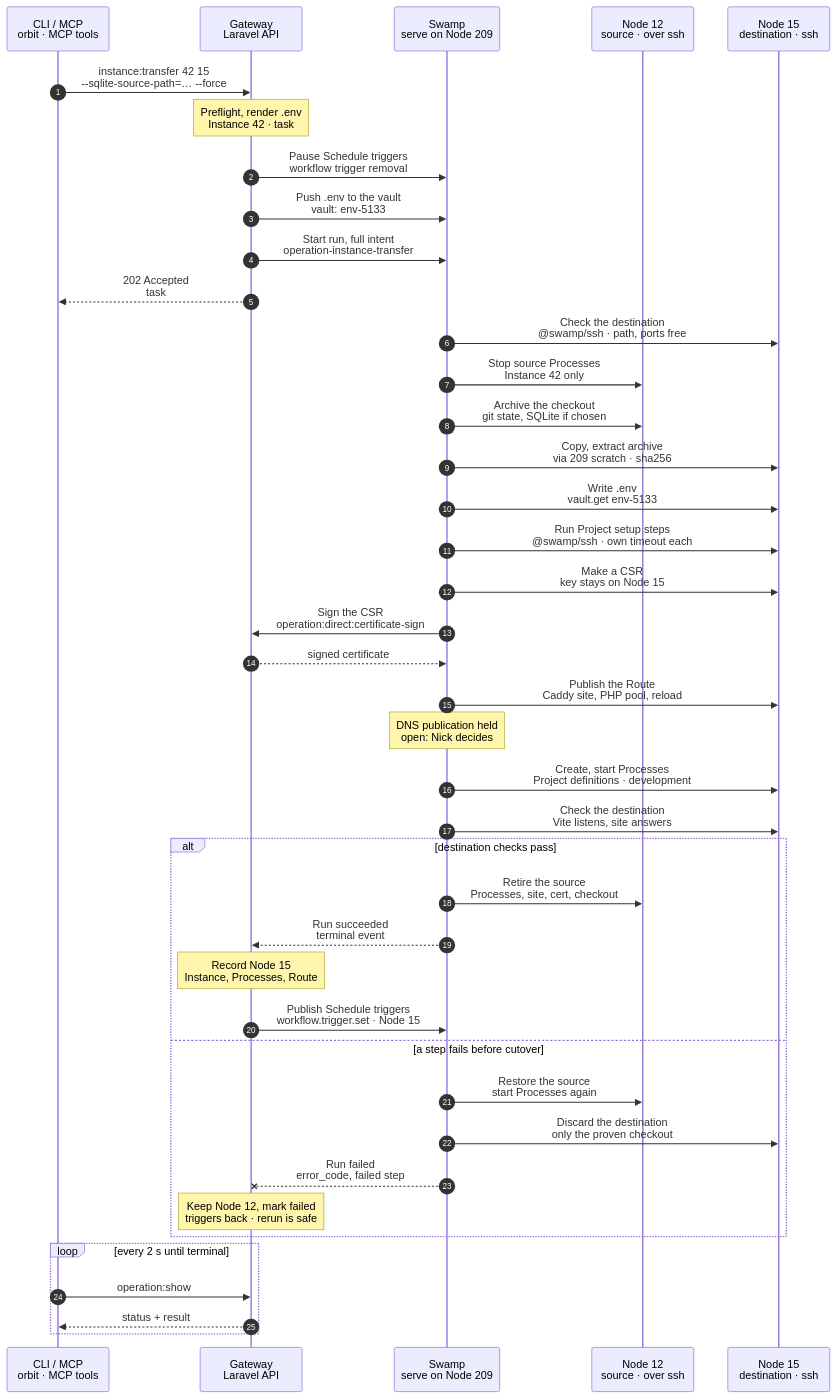
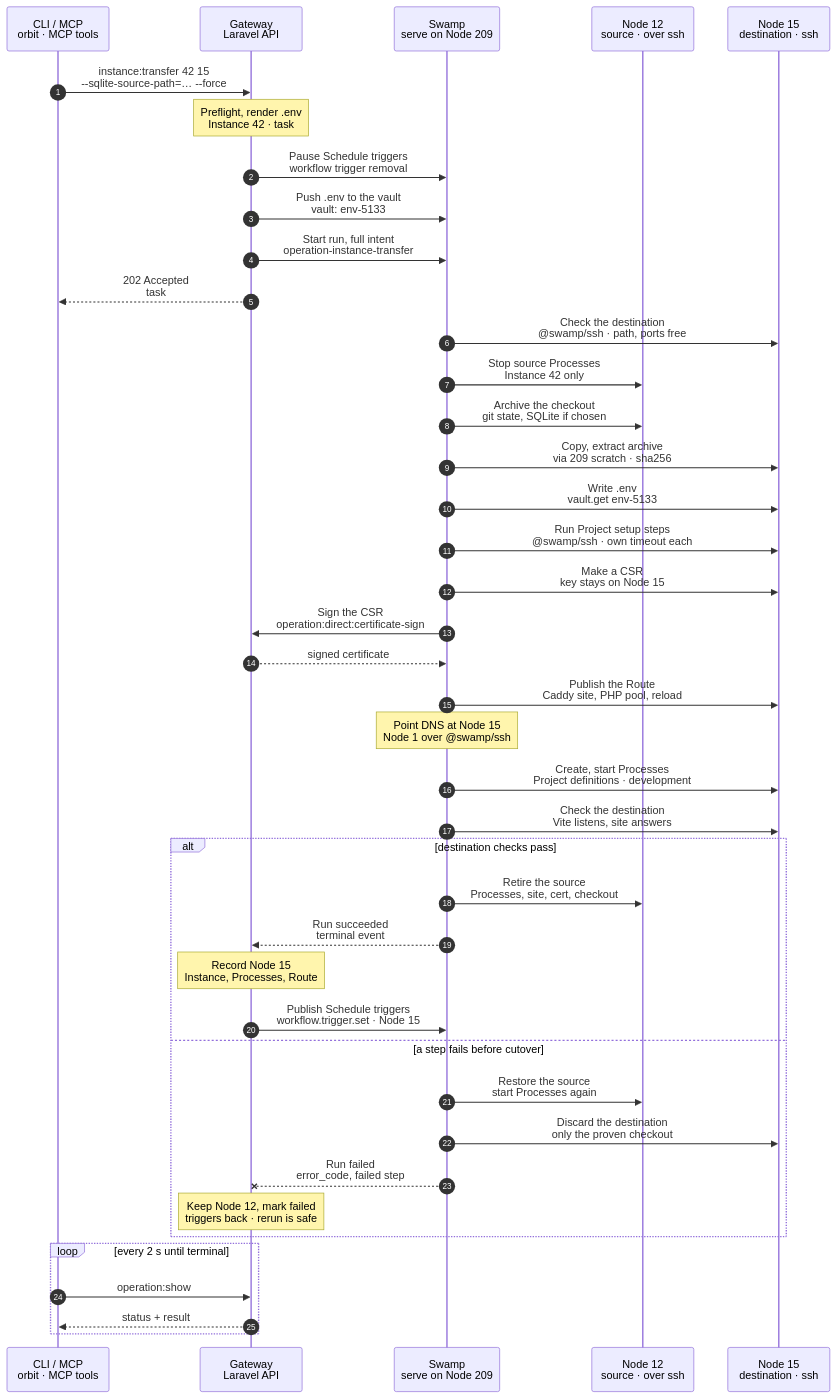
Before and after one commit to hardimpactdev/orbit: the diagram in docs/flows/instance.transfer.mmd, drawn with Mermaid.

Commit message:
docs(flows): instance.transfer

```diff
--- a/docs/flows/instance.transfer.mmd
+++ b/docs/flows/instance.transfer.mmd
@@ -1,173 +1,174 @@
 sequenceDiagram
-  %% Target design: ADR 0244 task + full intent as inputs, R1-R4, single-swamp-node; DECISIONS scope (SQLite only when chosen, Schedules move, cert from destination CSR in-run), 1 (signing is the one step→Gateway call), 2 (DNS held); .env and Processes as in instance.create. docs/reference/instance-transfer.md.
+  %% Target design: ADR 0244 task + full intent as inputs, R1-R4, single-swamp-node; DECISIONS scope (SQLite only when chosen, Schedules move, cert from destination CSR in-run), 1 (signing is the one step→Gateway call); .env and Processes as in instance.create. docs/reference/instance-transfer.md.
   %% status: draft
   %% command: instance:transfer
   autonumber
   %% lane CLI icon=terminal pill=caller tone=gray
   %% lane GW icon=gateway pill=intent tone=blue
   %% lane SW icon=workflow pill=executes tone=green
   %% lane S icon=server pill=target tone=amber
   %% lane D icon=server pill=target tone=purple
   participant CLI as CLI / MCP<br/>orbit · MCP tools
   participant GW as Gateway<br/>Laravel API
   participant SW as Swamp<br/>serve on Node 209
   participant S as Node 12<br/>source · over ssh
   participant D as Node 15<br/>destination · ssh
   CLI->>GW: instance:transfer 42 15<br/>--sqlite-source-path=… --force
   %%> Command:
   %%> - `orbit instance:transfer 42 15 --sqlite-source-path=/fast/apps/acme/feature/database/database.sqlite --force`
   %%> - syntax: `<instance> <node> [--name=NAME] [--sqlite-source-path=PATH] [--force] [--idempotency-key=KEY] [--json]`
   %%> What it does:
   %%> - moves development Instance 42 from Node 12 to Node 15; the Instance id and Project stay
   %%> Confirmation:
   %%> - without `--force`, the CLI asks for consent that names the source, destination and downtime; the default is No
   %%> - without a terminal, or with `--json`, `--force` is required
   %%> Options:
   %%> - `--name`: another Instance name on Node 15
   %%> - `--sqlite-source-path`: also copy this SQLite file; without it, no database file moves
   Note over GW: Preflight, render .env<br/>Instance 42 · task #5133
   %%> Requirements:
   %%> - your Node has access grants to Node 12 and Node 15
   %%> - both Nodes have the `app-dev` role and belong to active Clusters
   %%> - Project 7 may be placed on Node 15, and the destination path is free
   %%> - Instance 42 is an active development Instance with one active Route, and no removal runs
   %%> Plans:
   %%> - the Processes from Project 7's definitions for `development`, with Node 15's ports
   %%> - the Route on Node 15, and the Schedules' new target
   %%> Renders .env:
   %%> - from the stored environment of Instance 42, with Node 15 values such as `APP_URL`
   %%> Result:
   %%> - Instance 42 marked transferring; task #5133 recorded with the full intent
   GW->>SW: Pause Schedule triggers<br/>workflow trigger removal
   %%> What it does:
   %%> - removes the native Swamp schedule trigger of each Schedule of Instance 42
   %%> - there is no Node work here; Schedules install nothing on Nodes
   %%> Why:
   %%> - no fire runs against Node 12 during the move
   GW->>SW: Push .env to the vault<br/>vault: env-5133
   %%> Why:
   %%> - `.env` can hold secrets, which travel only through the vault
   %%> Result:
   %%> - the run reads it with `vault.get`; no step asks the Gateway for it
   GW->>SW: Start run, full intent<br/>operation-instance-transfer
   %%> What it does:
   %%> - starts one run of `operation-instance-transfer` on Swamp serve (Node 209)
   %%> Inputs:
   %%> - both Nodes' addresses and SSH host keys; the SSH identity comes from the `swamp` role
   %%> - paths, Process plan, Route plan, SQLite path when chosen
   %%> - secrets only as vault key names
   GW-->>CLI: 202 Accepted<br/>task #5133
   %%> What you get:
   %%> - the task number, at once
   %%> Next:
   %%> - the CLI follows the task with `operation:show`
   SW->>D: Check the destination<br/>@swamp/ssh · path, ports free
   %%> What it does:
   %%> - checks that the destination path is free and the planned ports are unused
   %%> Why first:
   %%> - Node 12 keeps running until Node 15 is known to be ready
   SW->>S: Stop source Processes<br/>Instance 42 only
   %%> What it does:
   %%> - stops the Processes of Instance 42 on Node 12; downtime starts here
   %%> Keeps:
   %%> - the Process units, for a restore if the move fails
   SW->>S: Archive the checkout<br/>git state, SQLite if chosen
   %%> What it does:
   %%> - packs the Git history, branch, origin, index, unstaged edits and untracked files
   %%> - adds the SQLite file only when `--sqlite-source-path` was given
   %%> Not included:
   %%> - `.env`; the Gateway rendered a new one for Node 15
   %%> Linked worktree:
   %%> - becomes an independent checkout on Node 15; the common repository on Node 12 stays unchanged
   SW->>D: Copy, extract archive<br/>via 209 scratch · sha256
   %%> How:
   %%> - copies the archive over `@swamp/ssh` through private scratch space on 209, and checks its hash
   %%> What it does:
   %%> - extracts it into the destination path, as Node 15's managed user
   %%> Refuses:
   %%> - paths or links that escape the checkout
   %%> Cleanup:
   %%> - removes the scratch archives on all three Nodes
   SW->>D: Write .env<br/>vault.get env-5133
   %%> What it does:
   %%> - writes the rendered `.env` from the vault into the checkout, readable only by its owner
   SW->>D: Run Project setup steps<br/>@swamp/ssh · own timeout each
   %%> What it does:
   %%> - runs the Project's setup steps, as in `instance:create`, so dependencies match Node 15
   %%> Typical steps:
   %%> - `composer install`, `vp install`, `php artisan migrate`
   SW->>D: Make a CSR<br/>key stays on Node 15
   %%> What it does:
   %%> - creates a private key and a certificate signing request for the Route's domain
   %%> Why:
   %%> - the private key never leaves the Node that serves the Route
   SW->>GW: Sign the CSR<br/>operation:direct:certificate-sign
   %%> Why a call to the Gateway:
   %%> - only the Gateway holds the Orbit CA key
   %%> - this is the one call a step may make to the Gateway (decision 1)
   GW-->>SW: signed certificate
   %%> Returns:
   %%> - the certificate for the CSR, scoped to task #5133
   SW->>D: Publish the Route<br/>Caddy site, PHP pool, reload
   %%> What it does:
   %%> - installs the certificate, the Caddy site and the PHP pool on Node 15
   %%> - reloads Caddy; no restart
   %%> Cutover:
   %%> - from here Node 15 serves Instance 42
-  Note over SW: DNS publication held<br/>open: Nick decides
-  %%> Open:
-  %%> - DNS publication for Routes is on hold (`native-dns-takeover-held`)
-  %%> - until Nick decides, the run changes no DNS record
+  Note over SW: Point DNS at Node 15<br/>Node 1 over @swamp/ssh
+  %%> What it does:
+  %%> - points the Route's private DNS record at Node 15, then waits the 31-second grace
+  %%> How:
+  %%> - over SSH from 209 to the VPN Node (Node 1), with the `swamp` role's key
   SW->>D: Create, start Processes<br/>Project definitions · development
   %%> What it does:
   %%> - creates the Instance's Processes on Node 15 from Project 7's definitions for `development`, and starts them
   %%> - Processes recorded as stopped stay stopped
   SW->>D: Check the destination<br/>Vite listens, site answers
   %%> What it does:
   %%> - checks that the Processes run and the Route answers on Node 15
   alt destination checks pass
     SW->>S: Retire the source<br/>Processes, site, cert, checkout
     %%> What it does:
     %%> - removes the Process units, Caddy site, PHP pool and certificate of Instance 42 on Node 12, and reloads Caddy
     %%> - deletes only the checkout whose identity the run captured
     %%> If it fails:
     %%> - Node 15 stays authoritative; the leftovers on Node 12 are reported for repair
     SW-->>GW: Run succeeded<br/>terminal event
     %%> How the Gateway learns it:
     %%> - its shared run reader sees the terminal event; Swamp never calls the Gateway
     Note over GW: Record Node 15<br/>Instance, Processes, Route
     %%> Result:
     %%> - Instance 42, its Processes and its Route are recorded on Node 15, in one change
     %%> - task #5133 succeeds
     GW->>SW: Publish Schedule triggers<br/>workflow.trigger.set · Node 15
     %%> What it does:
     %%> - sets each Schedule's trigger again, now with Node 15 as its target
     %%> Result:
     %%> - the Schedules have moved; their next fire runs on Node 15
   else a step fails before cutover
     SW->>S: Restore the source<br/>start Processes again
     %%> What it does:
     %%> - starts the Processes of Instance 42 on Node 12 again; the source is untouched otherwise
     SW->>D: Discard the destination<br/>only the proven checkout
     %%> What it does:
     %%> - removes what the run created on Node 15, and only that
     %%> If cleanup fails:
     %%> - the leftovers stay visible as a failure; nothing unproven is deleted
     SW--xGW: Run failed<br/>error_code, failed step
     %%> The Gateway reads:
     %%> - which step failed and its error code
     Note over GW: Keep Node 12, mark failed<br/>triggers back · rerun is safe
     %%> Result:
     %%> - Instance 42 stays on Node 12, active again; task #5133 fails
     %%> - the Gateway sets the Schedule triggers again for Node 12
     %%> Retry:
     %%> - run the same command again; it is a new task
   end
   loop every 2 s until terminal
     CLI->>GW: operation:show #5133
     %%> What it does:
     %%> - asks for the task's status every 2 seconds until it has ended
     GW-->>CLI: status + result
     %%> Returns:
     %%> - the current status, and the result once the task has ended
   end
```
